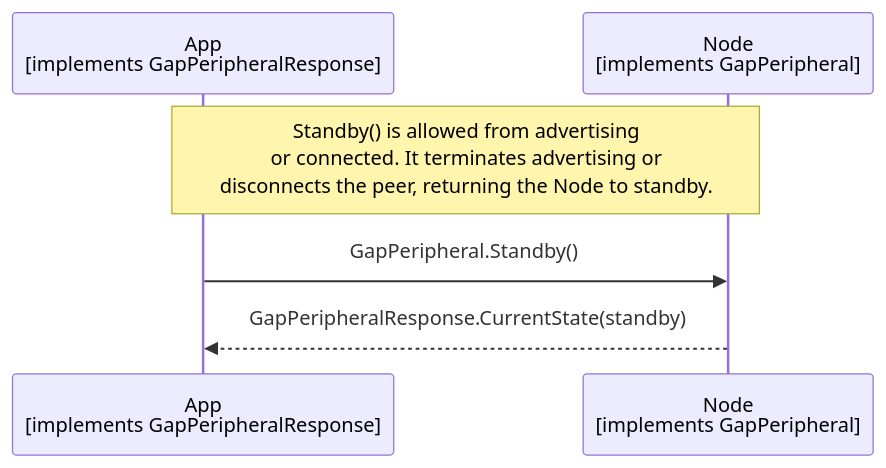
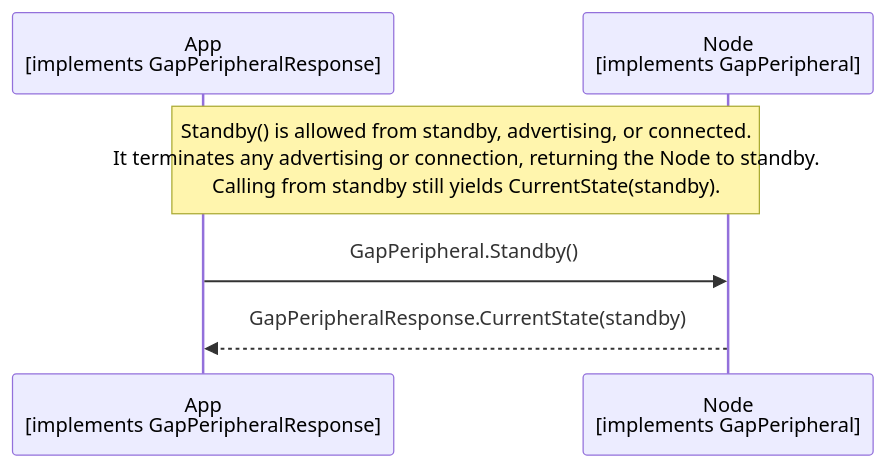
Before and after one commit to philips-software/amp-embedded-infra-lib: the diagram in documents/modules/ROOT/partials/echoservices/gap_peripheral/GapPeripheral_Standby_sequence.mmd, drawn with Mermaid. The commit also changed 8 other files, not shown here.

```diff
--- a/documents/modules/ROOT/partials/echoservices/gap_peripheral/GapPeripheral_Standby_sequence.mmd
+++ b/documents/modules/ROOT/partials/echoservices/gap_peripheral/GapPeripheral_Standby_sequence.mmd
@@ -1,6 +1,6 @@
 sequenceDiagram
     participant App as App<br>[implements GapPeripheralResponse]
     participant Node as Node<br>[implements GapPeripheral]
-    Note over App, Node: Standby() is allowed from advertising<br>or connected. It terminates advertising or<br>disconnects the peer, returning the Node to standby.
+    Note over App, Node: Standby() is allowed from standby, advertising, or connected.<br>It terminates any advertising or connection, returning the Node to standby.<br>Calling from standby still yields CurrentState(standby).
     App->>Node: GapPeripheral.Standby()
     Node-->>App: GapPeripheralResponse.CurrentState(standby)
```
